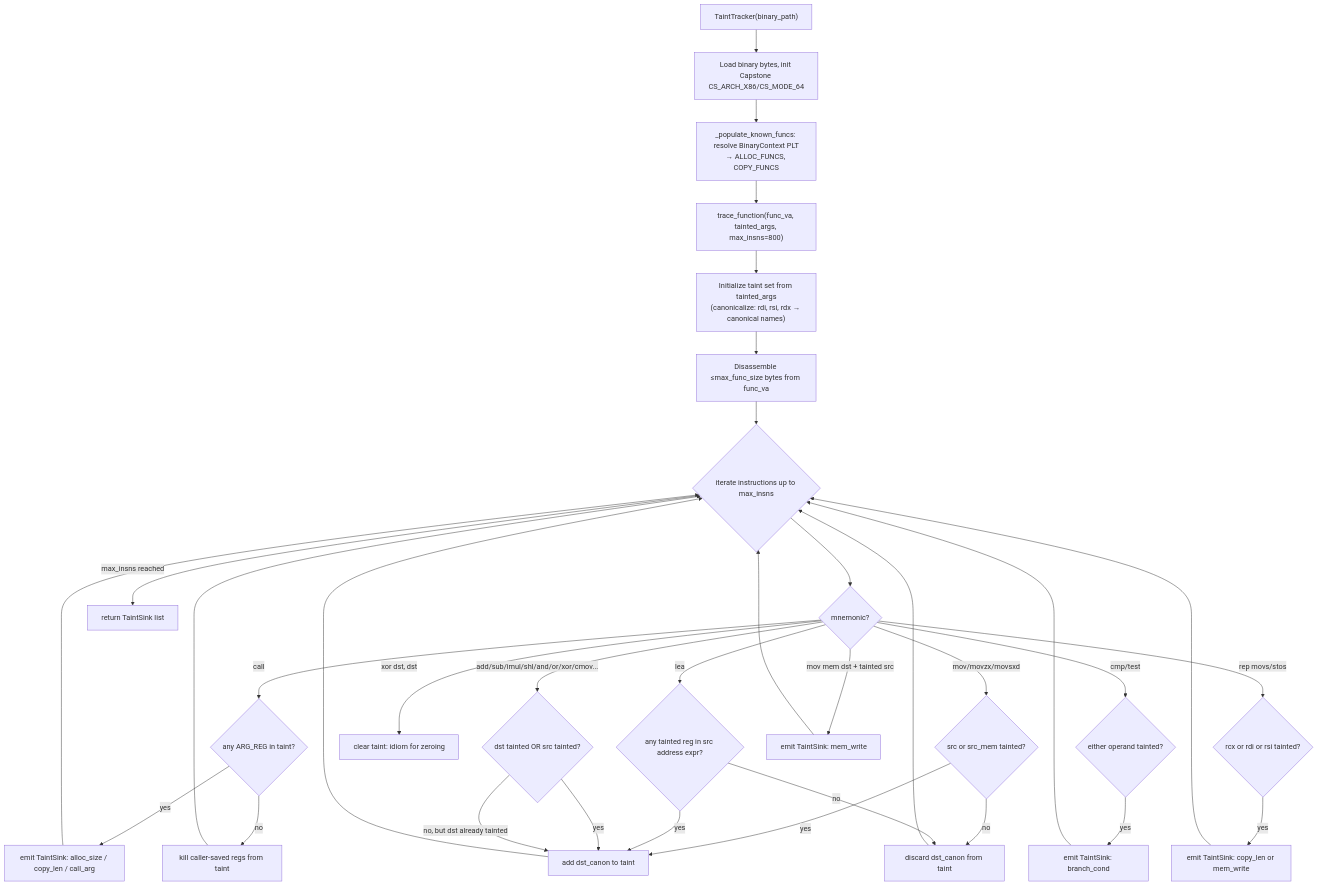
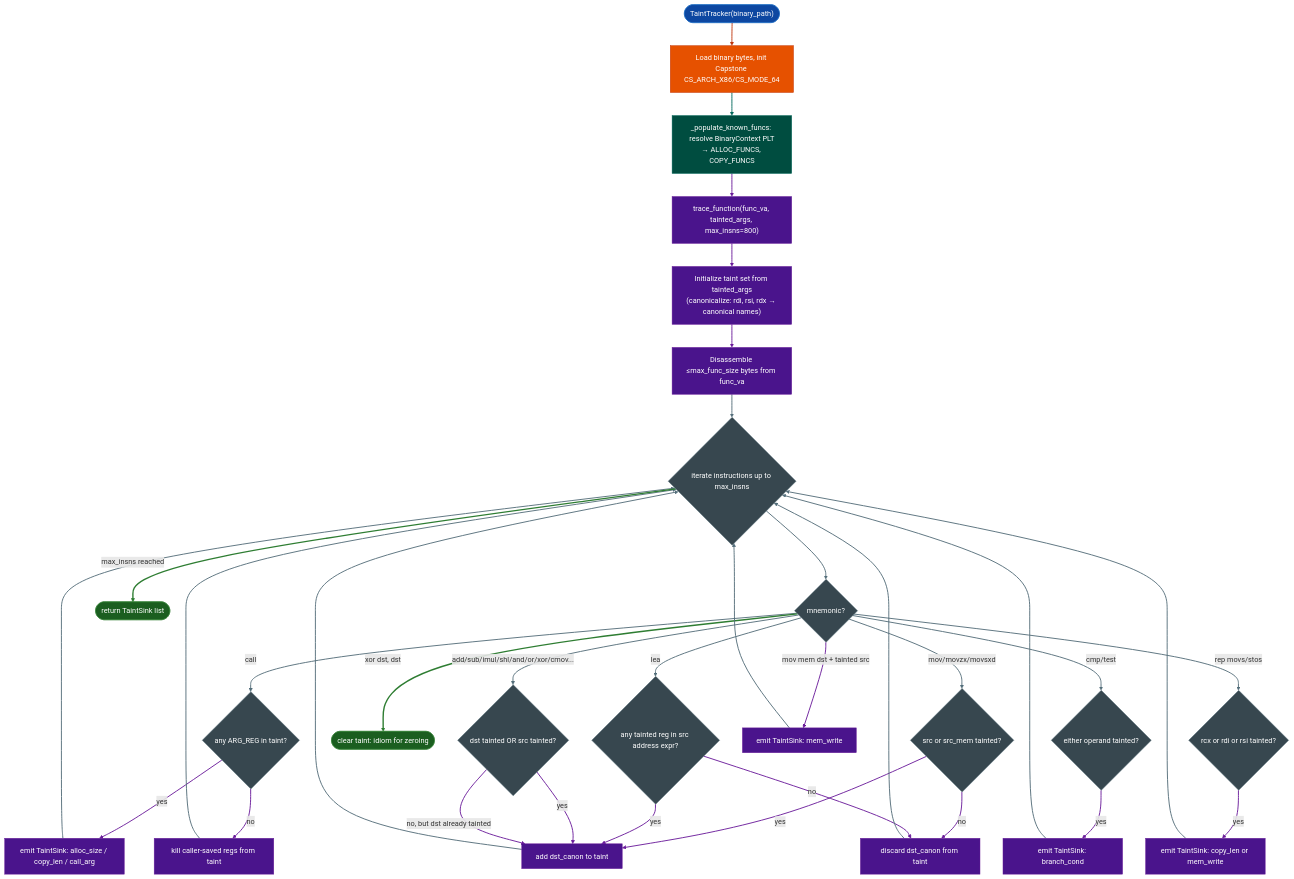
Before and after one commit to Ablation-Tool/ablation: the diagram in docs/reference-modules/taint-analysis.md, drawn with Mermaid. The commit also changed 320 other files, not shown here.

First line of the commit message:
docs: apply canonical Mermaid template to all 321 diagrams

````diff
--- a/docs/reference-modules/taint-analysis.md
+++ b/docs/reference-modules/taint-analysis.md
@@ -21,36 +21,75 @@
 ```mermaid
 flowchart TD
-    A["TaintTracker(binary_path)"] --> B[Load binary bytes, init Capstone CS_ARCH_X86/CS_MODE_64]
-    B --> C["_populate_known_funcs: resolve BinaryContext PLT\n→ ALLOC_FUNCS, COPY_FUNCS"]
-    C --> D["trace_function(func_va, tainted_args, max_insns=800)"]
-    D --> E["Initialize taint set from tainted_args\n(canonicalize: rdi, rsi, rdx → canonical names)"]
-    E --> F["Disassemble ≤max_func_size bytes from func_va"]
-    F --> G{iterate instructions up to max_insns}
-    G --> H{mnemonic?}
-    H -->|call| I{any ARG_REG in taint?}
-    I -->|yes| J[emit TaintSink: alloc_size / copy_len / call_arg]
-    I -->|no| K[kill caller-saved regs from taint]
-    H -->|mov/movzx/movsxd| L{src or src_mem tainted?}
-    L -->|yes| M[add dst_canon to taint]
-    L -->|no| N[discard dst_canon from taint]
-    H -->|lea| O{any tainted reg in src address expr?}
-    O -->|yes| M
-    O -->|no| N
-    H -->|add/sub/imul/shl/and/or/xor/cmov...| P{dst tainted OR src tainted?}
-    P -->|yes| M
-    P -->|no, but dst already tainted| M
-    H -->|xor dst, dst| Q[clear taint: idiom for zeroing]
-    H -->|cmp/test| R{either operand tainted?}
-    R -->|yes| S[emit TaintSink: branch_cond]
-    H -->|rep movs/stos| T{rcx or rdi or rsi tainted?}
-    T -->|yes| U[emit TaintSink: copy_len or mem_write]
-    H -->|mov mem dst + tainted src| V[emit TaintSink: mem_write]
-    J --> G
-    K --> G
-    M --> G
-    N --> G
-    S --> G
-    U --> G
-    V --> G
-    G -->|max_insns reached| W[return TaintSink list]
+    A(["TaintTracker(binary_path)"]):::input --> B["Load binary bytes, init Capstone CS_ARCH_X86/CS_MODE_64"]:::primary
+    B:::primary --> C["_populate_known_funcs: resolve BinaryContext PLT\n→ ALLOC_FUNCS, COPY_FUNCS"]:::secondary
+    C:::secondary --> D["trace_function(func_va, tainted_args, max_insns=800)"]:::tertiary
+    D:::tertiary --> E["Initialize taint set from tainted_args\n(canonicalize: rdi, rsi, rdx → canonical names)"]:::tertiary
+    E:::tertiary --> F["Disassemble ≤max_func_size bytes from func_va"]:::tertiary
+    F:::tertiary --> G{"iterate instructions up to max_insns"}:::neutral
+    G:::neutral --> H{"mnemonic?"}:::neutral
+    H:::neutral -->|call| I{"any ARG_REG in taint?"}:::neutral
+    I:::neutral -->|yes| J["emit TaintSink: alloc_size / copy_len / call_arg"]:::tertiary
+    I:::neutral -->|no| K["kill caller-saved regs from taint"]:::tertiary
+    H:::neutral -->|mov/movzx/movsxd| L{"src or src_mem tainted?"}:::neutral
+    L:::neutral -->|yes| M["add dst_canon to taint"]:::tertiary
+    L:::neutral -->|no| N["discard dst_canon from taint"]:::tertiary
+    H:::neutral -->|lea| O{"any tainted reg in src address expr?"}:::neutral
+    O:::neutral -->|yes| M:::tertiary
+    O:::neutral -->|no| N:::tertiary
+    H:::neutral -->|add/sub/imul/shl/and/or/xor/cmov...| P{"dst tainted OR src tainted?"}:::neutral
+    P:::neutral -->|yes| M:::tertiary
+    P:::neutral -->|no, but dst already tainted| M:::tertiary
+    H:::neutral -->|xor dst, dst| Q(["clear taint: idiom for zeroing"]):::output
+    H:::neutral -->|cmp/test| R{"either operand tainted?"}:::neutral
+    R:::neutral -->|yes| S["emit TaintSink: branch_cond"]:::tertiary
+    H:::neutral -->|rep movs/stos| T{"rcx or rdi or rsi tainted?"}:::neutral
+    T:::neutral -->|yes| U["emit TaintSink: copy_len or mem_write"]:::tertiary
+    H:::neutral -->|mov mem dst + tainted src| V["emit TaintSink: mem_write"]:::tertiary
+    J:::tertiary --> G:::neutral
+    K:::tertiary --> G:::neutral
+    M:::tertiary --> G:::neutral
+    N:::tertiary --> G:::neutral
+    S:::tertiary --> G:::neutral
+    U:::tertiary --> G:::neutral
+    V:::tertiary --> G:::neutral
+    G:::neutral -->|max_insns reached| W(["return TaintSink list"]):::output
+    classDef input     fill:#0d47a1,stroke:#1565c0,color:#fff
+    classDef primary   fill:#e65100,stroke:#bf360c,color:#fff
+    classDef secondary fill:#004d40,stroke:#00695c,color:#fff
+    classDef tertiary  fill:#4a148c,stroke:#6a1b9a,color:#fff
+    classDef neutral   fill:#37474f,stroke:#546e7a,color:#fff
+    classDef output    fill:#1b5e20,stroke:#2e7d32,color:#fff
+    linkStyle 0 stroke:#bf360c,stroke-width:2px
+    linkStyle 1 stroke:#00695c,stroke-width:2px
+    linkStyle 2 stroke:#6a1b9a,stroke-width:2px
+    linkStyle 3 stroke:#6a1b9a,stroke-width:2px
+    linkStyle 4 stroke:#6a1b9a,stroke-width:2px
+    linkStyle 5 stroke:#546e7a,stroke-width:2px
+    linkStyle 6 stroke:#546e7a,stroke-width:2px
+    linkStyle 7 stroke:#546e7a,stroke-width:2px
+    linkStyle 8 stroke:#6a1b9a,stroke-width:2px
+    linkStyle 9 stroke:#6a1b9a,stroke-width:2px
+    linkStyle 10 stroke:#546e7a,stroke-width:2px
+    linkStyle 11 stroke:#6a1b9a,stroke-width:2px
+    linkStyle 12 stroke:#6a1b9a,stroke-width:2px
+    linkStyle 13 stroke:#546e7a,stroke-width:2px
+    linkStyle 14 stroke:#6a1b9a,stroke-width:2px
+    linkStyle 15 stroke:#6a1b9a,stroke-width:2px
+    linkStyle 16 stroke:#546e7a,stroke-width:2px
+    linkStyle 17 stroke:#6a1b9a,stroke-width:2px
+    linkStyle 18 stroke:#6a1b9a,stroke-width:2px
+    linkStyle 19 stroke:#2e7d32,stroke-width:3px
+    linkStyle 20 stroke:#546e7a,stroke-width:2px
+    linkStyle 21 stroke:#6a1b9a,stroke-width:2px
+    linkStyle 22 stroke:#546e7a,stroke-width:2px
+    linkStyle 23 stroke:#6a1b9a,stroke-width:2px
+    linkStyle 24 stroke:#6a1b9a,stroke-width:2px
+    linkStyle 25 stroke:#546e7a,stroke-width:2px
+    linkStyle 26 stroke:#546e7a,stroke-width:2px
+    linkStyle 27 stroke:#546e7a,stroke-width:2px
+    linkStyle 28 stroke:#546e7a,stroke-width:2px
+    linkStyle 29 stroke:#546e7a,stroke-width:2px
+    linkStyle 30 stroke:#546e7a,stroke-width:2px
+    linkStyle 31 stroke:#546e7a,stroke-width:2px
+    linkStyle 32 stroke:#2e7d32,stroke-width:3px
 ```
````
